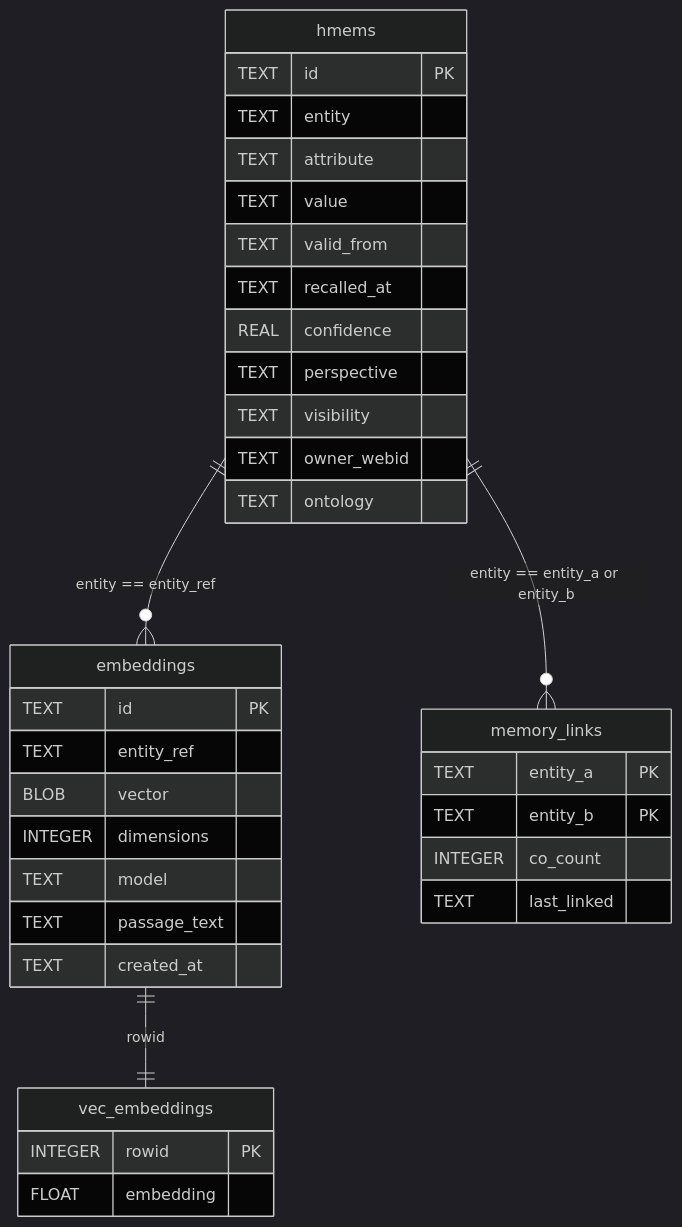
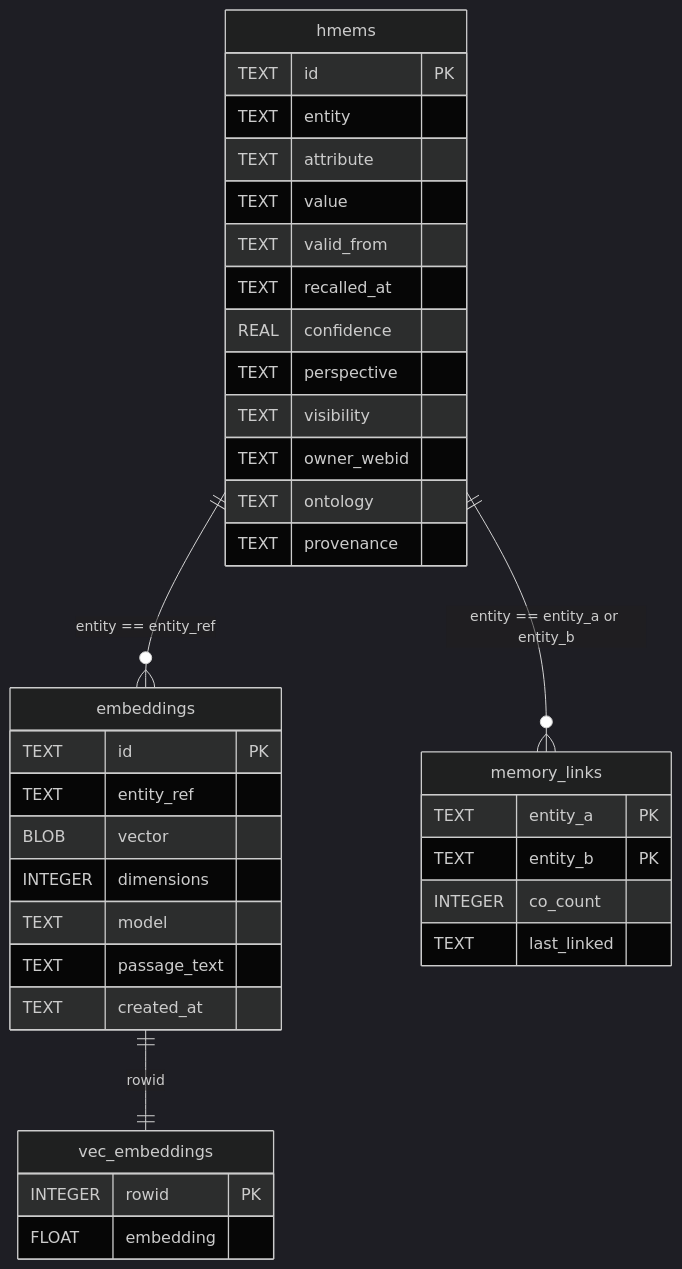
Before and after one commit to mdz-axo/zed-kask: the second of 6 diagrams in kask/docs/architecture/memory-system-specification.md, drawn with Mermaid (dark theme). The commit also changed other lines of this file and 11 other files, not shown here.

````diff
--- a/kask/docs/architecture/memory-system-specification.md
+++ b/kask/docs/architecture/memory-system-specification.md
@@ -365,40 +366,41 @@
 ```mermaid
 erDiagram
     hmems ||--o{ embeddings : "entity == entity_ref"
     embeddings ||--|| vec_embeddings : "rowid"
     hmems ||--o{ memory_links : "entity == entity_a or entity_b"
 
     hmems {
         TEXT id PK
         TEXT entity
         TEXT attribute
         TEXT value
         TEXT valid_from
 
         TEXT recalled_at
         REAL confidence
         TEXT perspective
         TEXT visibility
         TEXT owner_webid
         TEXT ontology
+        TEXT provenance
     }
     embeddings {
         TEXT id PK
         TEXT entity_ref
         BLOB vector
         INTEGER dimensions
         TEXT model
         TEXT passage_text
         TEXT created_at
     }
     vec_embeddings {
         INTEGER rowid PK
         FLOAT embedding
     }
     memory_links {
         TEXT entity_a PK
         TEXT entity_b PK
         INTEGER co_count
         TEXT last_linked
     }
 ```
````
